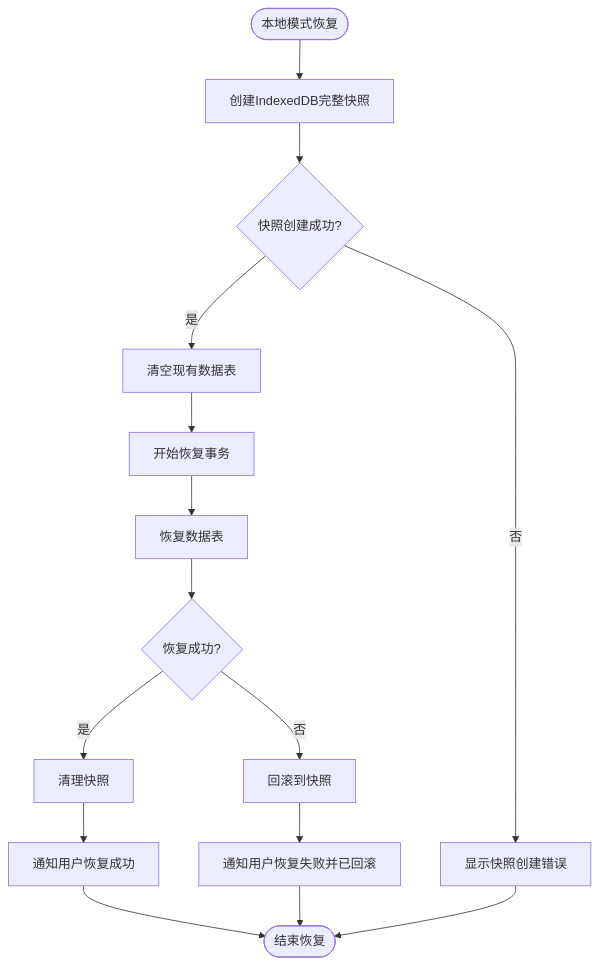
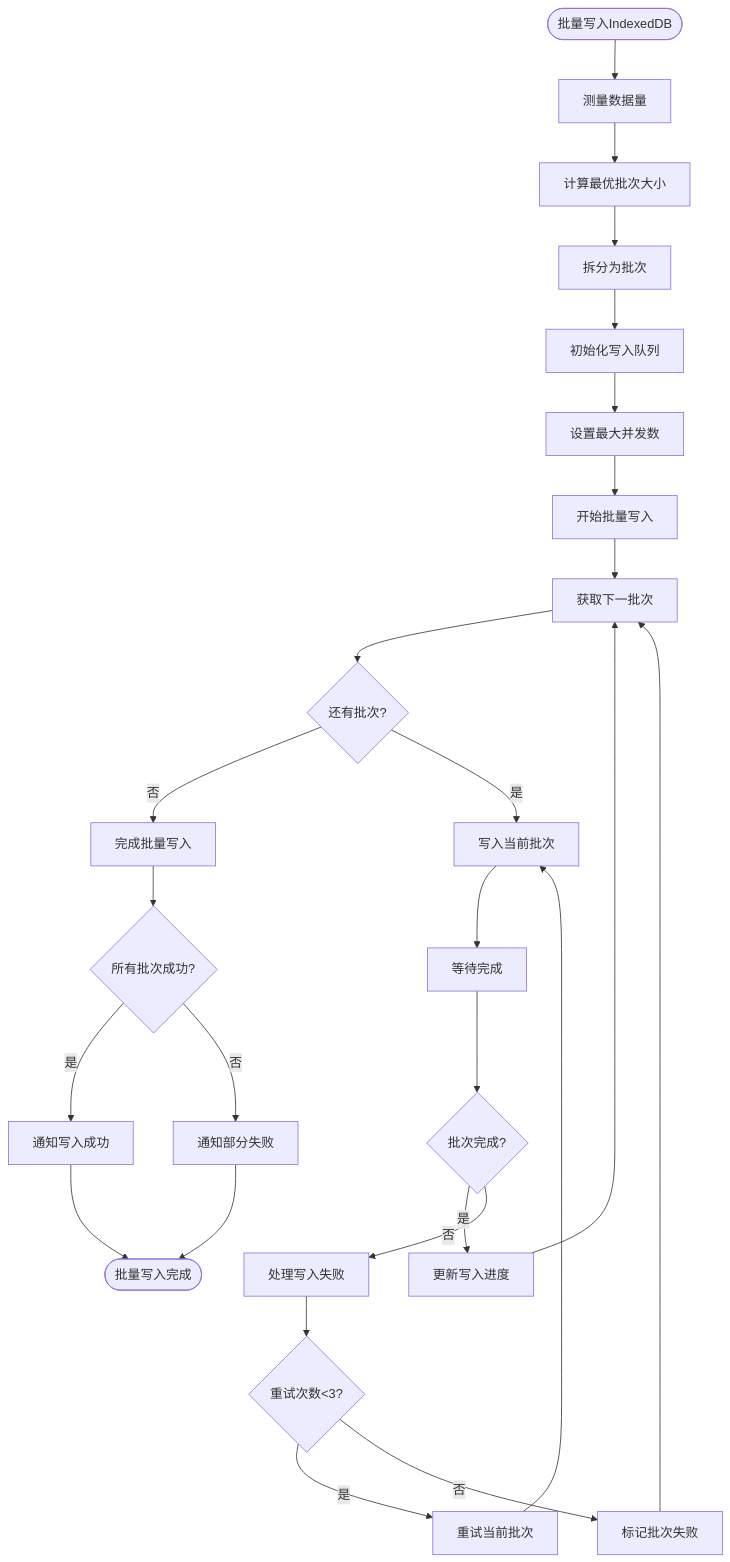
One commit to yingjianzh/iodraw-files changed the diagram in all/未命名-52.md. Above: the diagram before and after it, drawn with Mermaid.

Commit message:
2025-05-09 17:33:33 update

````diff
--- a/all/未命名-52.md
+++ b/all/未命名-52.md
@@ -1,26 +1,38 @@
 ```mermaid
-
 flowchart TD
-    Start([本地模式恢复]) --> CreateSnapshot[创建IndexedDB完整快照]
-    CreateSnapshot --> SnapshotCreated{快照创建成功?}
+    Start([批量写入IndexedDB]) --> MeasureData[测量数据量]
+    MeasureData --> CalcOptimalBatch[计算最优批次大小]
     
-    SnapshotCreated -->|否| ShowSnapshotError[显示快照创建错误]
-    SnapshotCreated -->|是| ClearExistingData[清空现有数据表]
+    CalcOptimalBatch --> SplitIntoBatches[拆分为批次]
+    SplitIntoBatches --> InitWriteQueue[初始化写入队列]
     
-    ClearExistingData --> BeginTransaction[开始恢复事务]
-    BeginTransaction --> RestoreDataTables[恢复数据表]
+    InitWriteQueue --> SetConcurrency[设置最大并发数]
+    SetConcurrency --> BeginBatchWrite[开始批量写入]
     
-    RestoreDataTables --> Success{恢复成功?}
-    Success -->|是| CleanupSnapshot[清理快照]
-    Success -->|否| RollbackChanges[回滚到快照]
+    BeginBatchWrite --> GetNextBatch[获取下一批次]
+    GetNextBatch --> MoreBatches{还有批次?}
     
+    MoreBatches -->|否| FinalizeBatchWrite[完成批量写入]
+    MoreBatches -->|是| WriteCurrentBatch[写入当前批次]
     
-    RollbackChanges --> NotifyFailure[通知用户恢复失败并已回滚]
+    WriteCurrentBatch --> WaitForCompletion[等待完成]
+    WaitForCompletion --> BatchComplete{批次完成?}
     
-    CleanupSnapshot --> NotifySuccess[通知用户恢复成功]
+    BatchComplete -->|是| UpdateWriteProgress[更新写入进度]
+    BatchComplete -->|否| HandleWriteFailure[处理写入失败]
     
-    NotifySuccess --> End([结束恢复])
-    NotifyFailure --> End
-    ShowSnapshotError --> End
-
+    HandleWriteFailure --> RetryCount{重试次数<3?}
+    RetryCount -->|是| RetryBatch[重试当前批次]
+    RetryCount -->|否| MarkBatchFailed[标记批次失败]
+    
+    RetryBatch --> WriteCurrentBatch
+    UpdateWriteProgress --> GetNextBatch
+    MarkBatchFailed --> GetNextBatch
+    
+    FinalizeBatchWrite --> CheckAllSuccess{所有批次成功?}
+    CheckAllSuccess -->|是| NotifySuccess[通知写入成功]
+    CheckAllSuccess -->|否| NotifyPartialFailure[通知部分失败]
+    
+    NotifySuccess --> End([批量写入完成])
+    NotifyPartialFailure --> End
 ```
````
